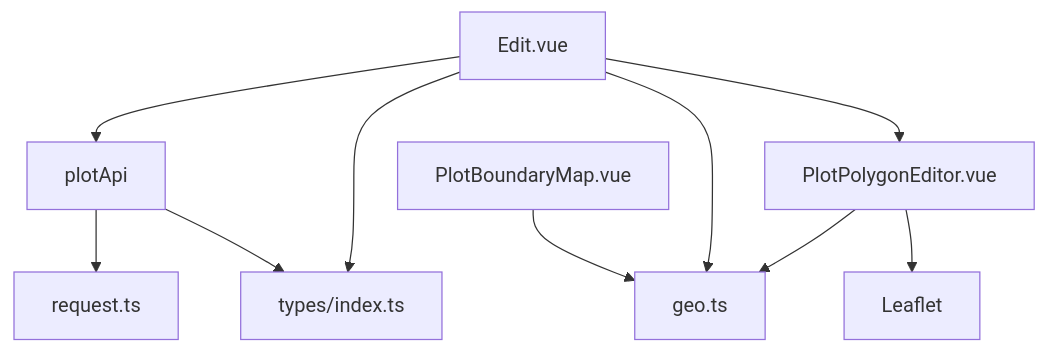
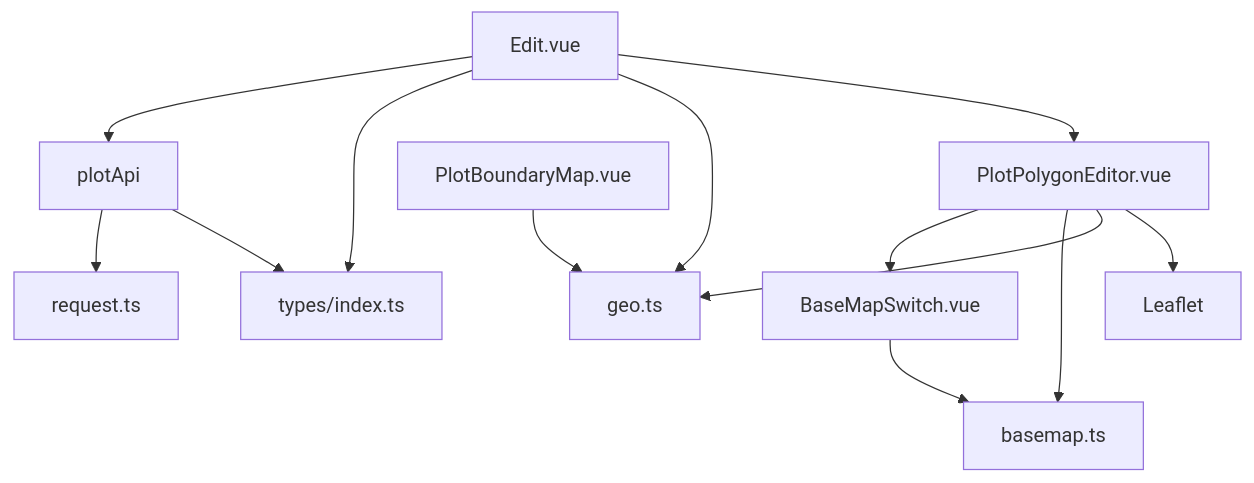
The ninth of 9 diagrams in .qoder/repowiki/zh/content/前端应用文档/核心页面/地块管理页面/地块编辑页面.md (q446328246/agri-platform), drawn with Mermaid before and after one commit. The commit also changed other lines of this file and 48 other files, not shown here.

````diff
--- a/.qoder/repowiki/zh/content/前端应用文档/核心页面/地块管理页面/地块编辑页面.md
+++ b/.qoder/repowiki/zh/content/前端应用文档/核心页面/地块管理页面/地块编辑页面.md
@@ -422,12 +528,15 @@
 ```mermaid
 graph TB
 Edit["Edit.vue"] --> Api["plotApi"]
 Edit --> Types["types/index.ts"]
 Edit --> Geo["geo.ts"]
 Edit --> PolygonEditor["PlotPolygonEditor.vue"]
+PolygonEditor --> BaseMapSwitch["BaseMapSwitch.vue"]
+PolygonEditor --> Basemap["basemap.ts"]
 PolygonEditor --> Geo
 PolygonEditor --> L["Leaflet"]
+BaseMapSwitch --> Basemap
 Map["PlotBoundaryMap.vue"] --> Geo
 Api --> Req["request.ts"]
 Api --> Types
 ```
````
